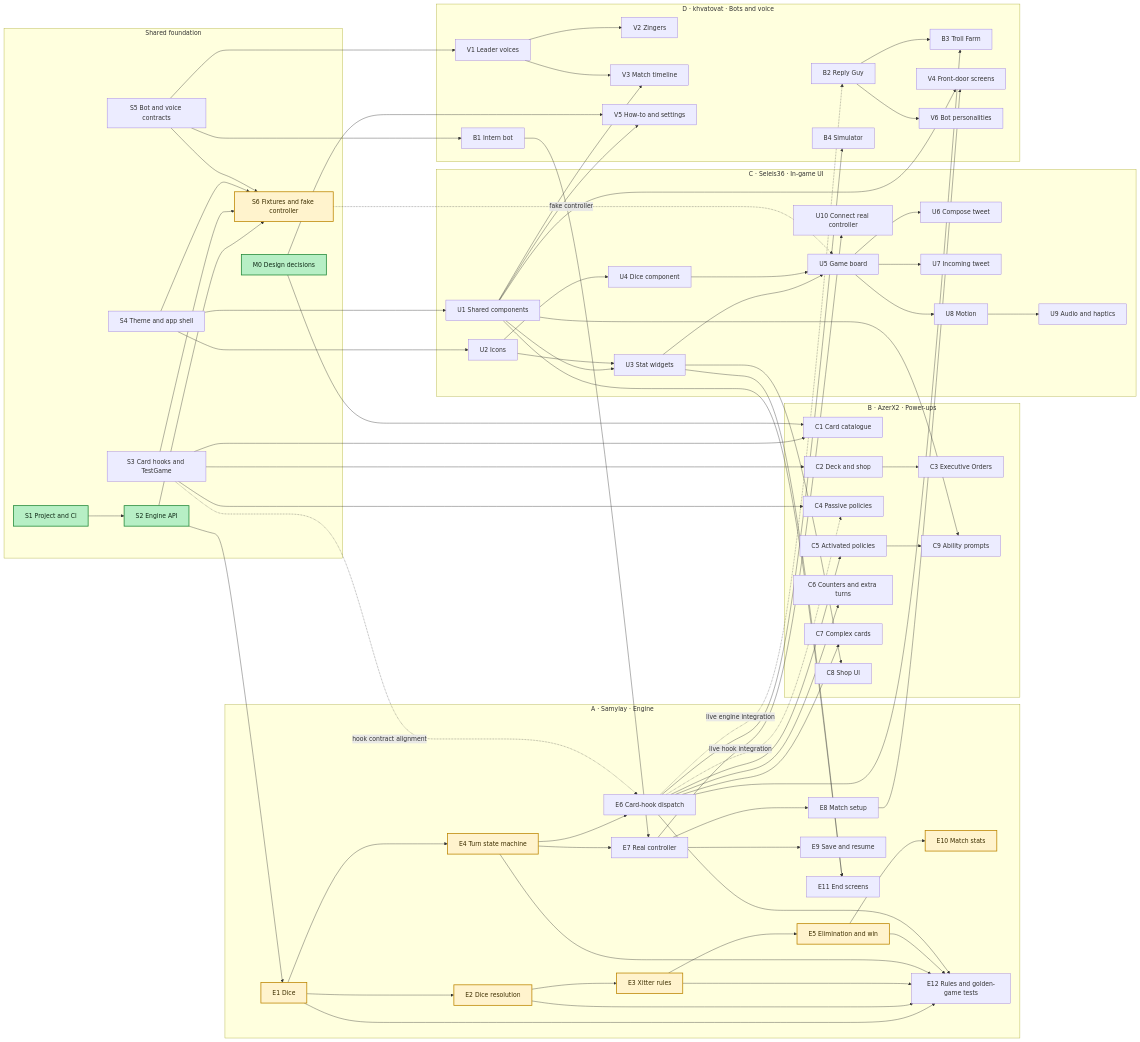
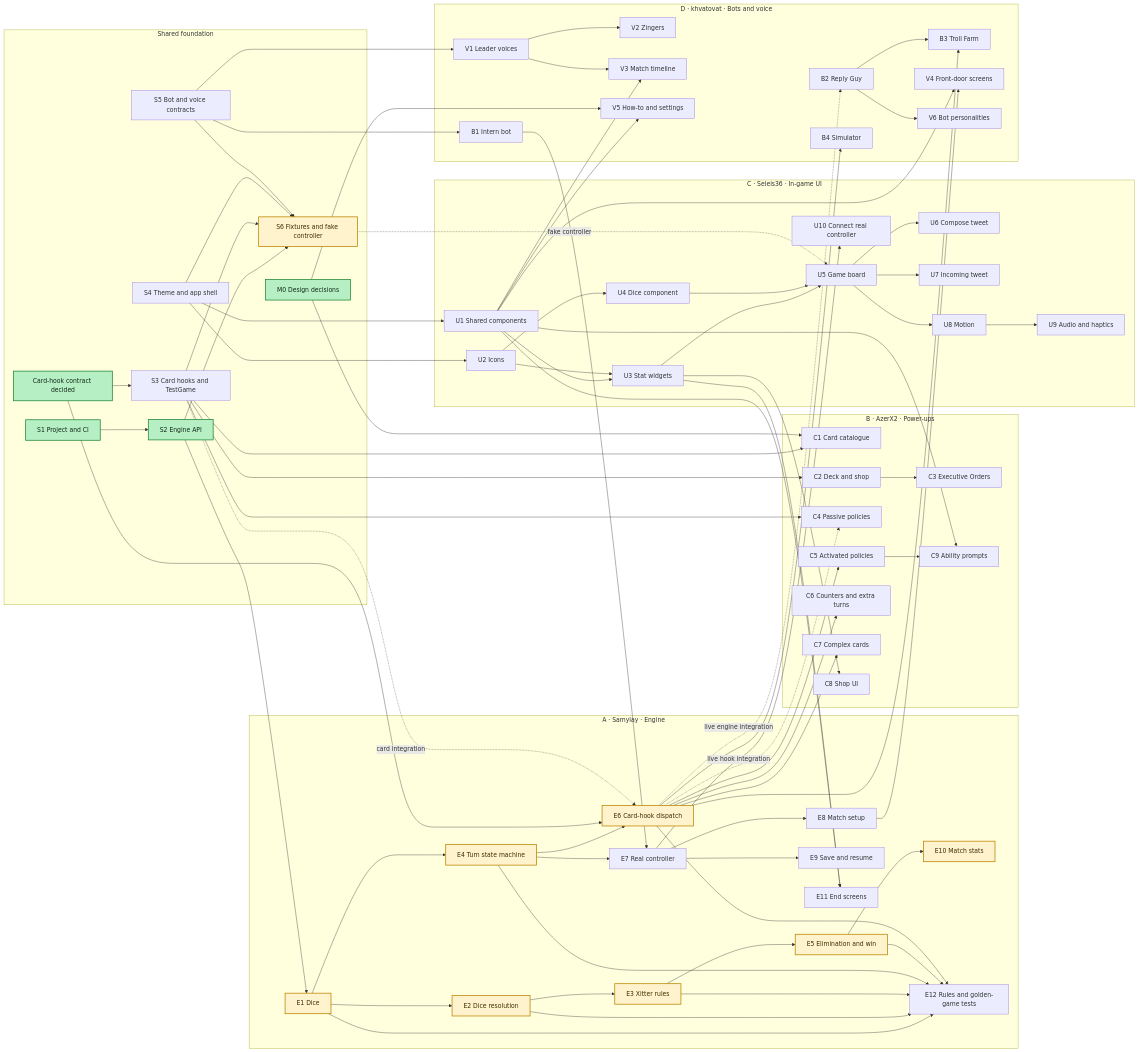
One commit to Seleis36/king-of-xitter changed the diagram in docs/dependency-graph.md. Above: the diagram before and after it, drawn with Mermaid. The commit also changed other lines of this file and 3 other files, not shown here.

Commit message:
Decide card hook contract and unblock E6

````diff
--- a/docs/dependency-graph.md
+++ b/docs/dependency-graph.md
@@ -16,6 +16,7 @@
     S5["S5 Bot and voice contracts"]
     S6["S6 Fixtures and fake controller"]
     M0D["M0 Design decisions"]
+    HDEC["Card-hook contract decided"]
   end
 
   subgraph A["A · Samylay · Engine"]
@@ -81,7 +82,9 @@
   E1 --> E2 --> E3 --> E5
   E1 --> E4
   E4 --> E6
-  S3 -. hook contract alignment .-> E6
+  HDEC --> S3
+  HDEC --> E6
+  S3 -. card integration .-> E6
   E4 --> E7
   B1 --> E7
   E7 --> E8
@@ -139,6 +142,6 @@
   classDef done fill:#b7efc5,stroke:#218838,color:#102a17,stroke-width:2px
   classDef active fill:#fff3cd,stroke:#bd8500,color:#3d2e00,stroke-width:2px
   class S1,S2 done
-  class M0D done
-  class S6,E1,E2,E3,E4,E5,E10 active
+  class M0D,HDEC done
+  class S6,E1,E2,E3,E4,E5,E6,E10 active
 ```
````
